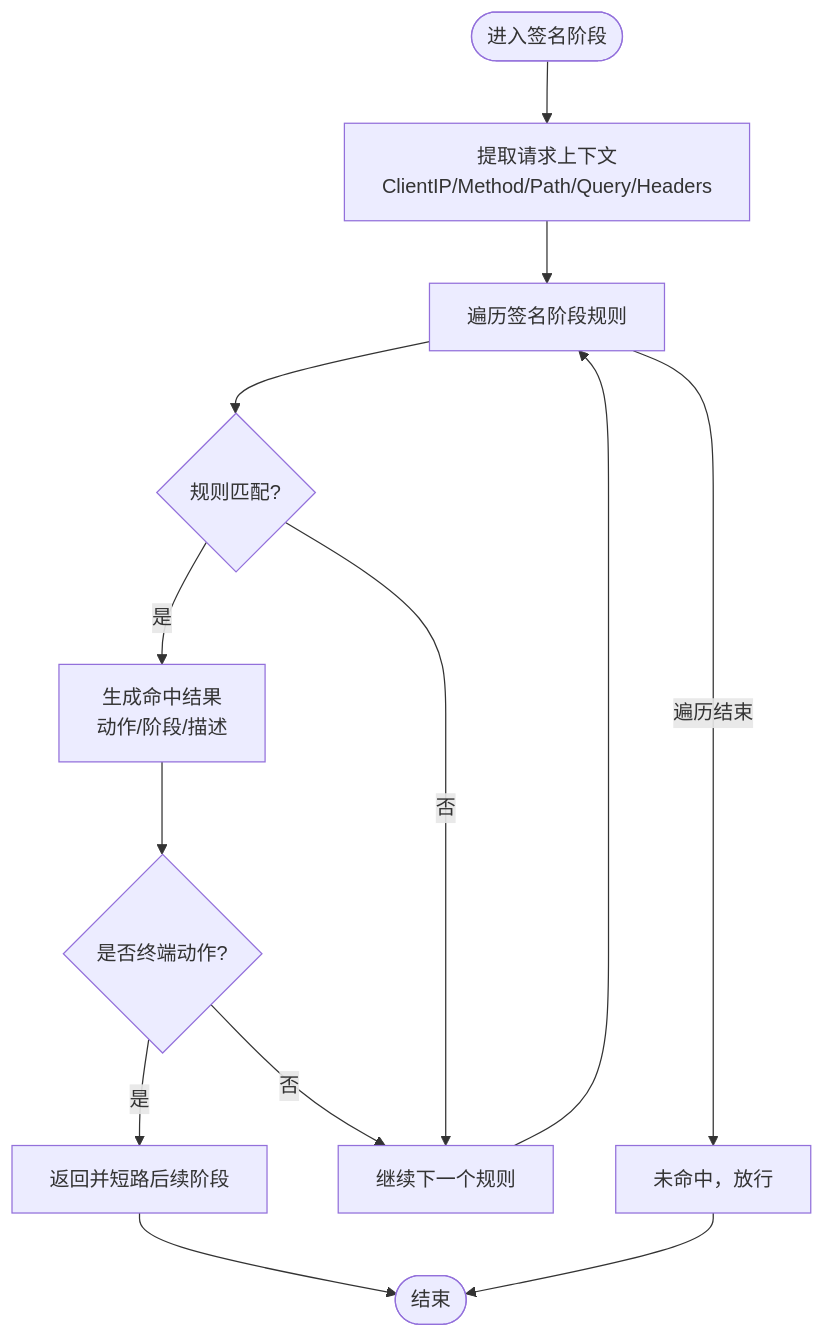
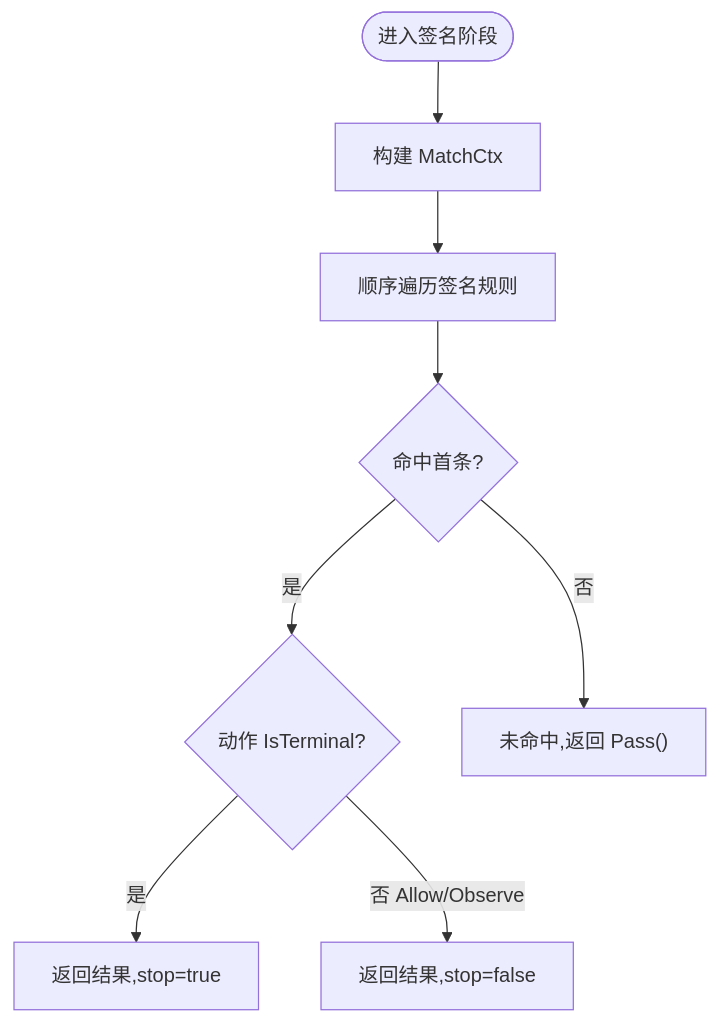
Before and after one commit to x01n/My-OpenWaf: the eighth of 10 diagrams in docs/WAF 引擎系统/处理阶段详解/处理阶段详解.md, drawn with Mermaid. The commit also changed other lines of this file and 622 other files, not shown here.

````diff
--- a/docs/WAF 引擎系统/处理阶段详解/处理阶段详解.md
+++ b/docs/WAF 引擎系统/处理阶段详解/处理阶段详解.md
@@ -366,15 +358,10 @@
 ```mermaid
 flowchart TD
-Start(["进入签名阶段"]) --> Ctx["提取请求上下文<br/>ClientIP/Method/Path/Query/Headers"]
-Ctx --> Loop["遍历签名阶段规则"]
-Loop --> Match{"规则匹配?"}
-Match --> |是| Hit["生成命中结果<br/>动作/阶段/描述"]
-Hit --> Terminal{"是否终端动作?"}
-Terminal --> |是| Return["返回并短路后续阶段"]
-Terminal --> |否| Next["继续下一个规则"]
-Match --> |否| Next
-Next --> Loop
-Loop --> |遍历结束| Pass["未命中，放行"]
-Return --> End(["结束"])
-Pass --> End
+Start(["进入签名阶段"]) --> Ctx["构建 MatchCtx"]
+Ctx --> Loop["顺序遍历签名规则"]
+Loop --> Match{"命中首条?"}
+Match --> |是| Terminal{"动作 IsTerminal?"}
+Terminal --> |是| Return["返回结果,stop=true"]
+Terminal --> |否 Allow/Observe| Pass2["返回结果,stop=false"]
+Match --> |否| Pass["未命中,返回 Pass()"]
 ```
````
